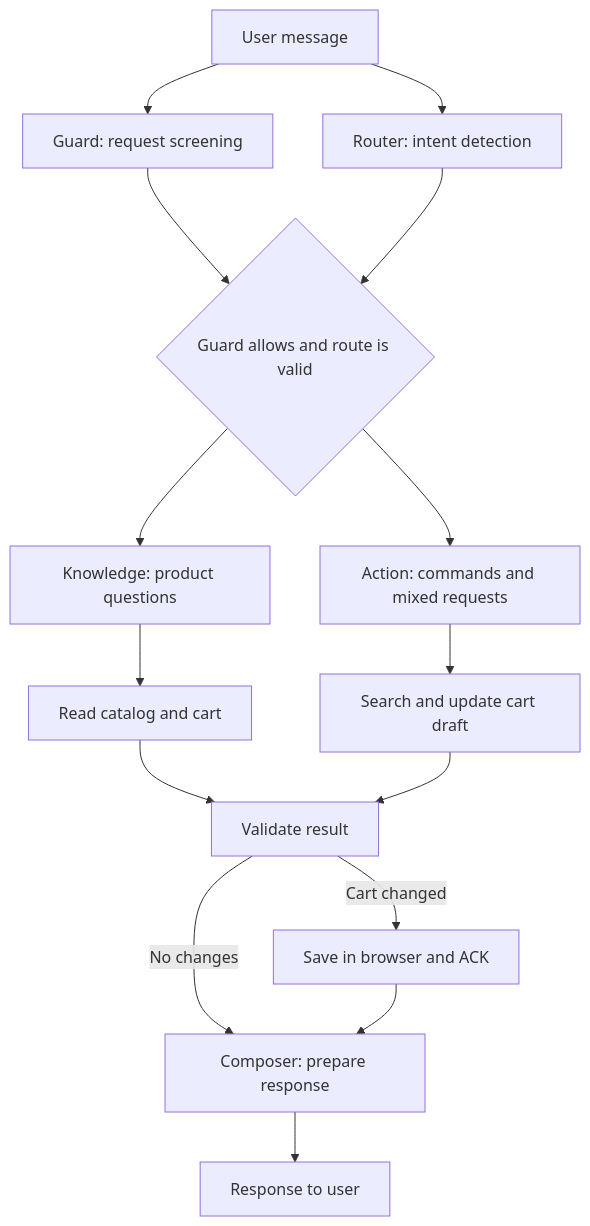
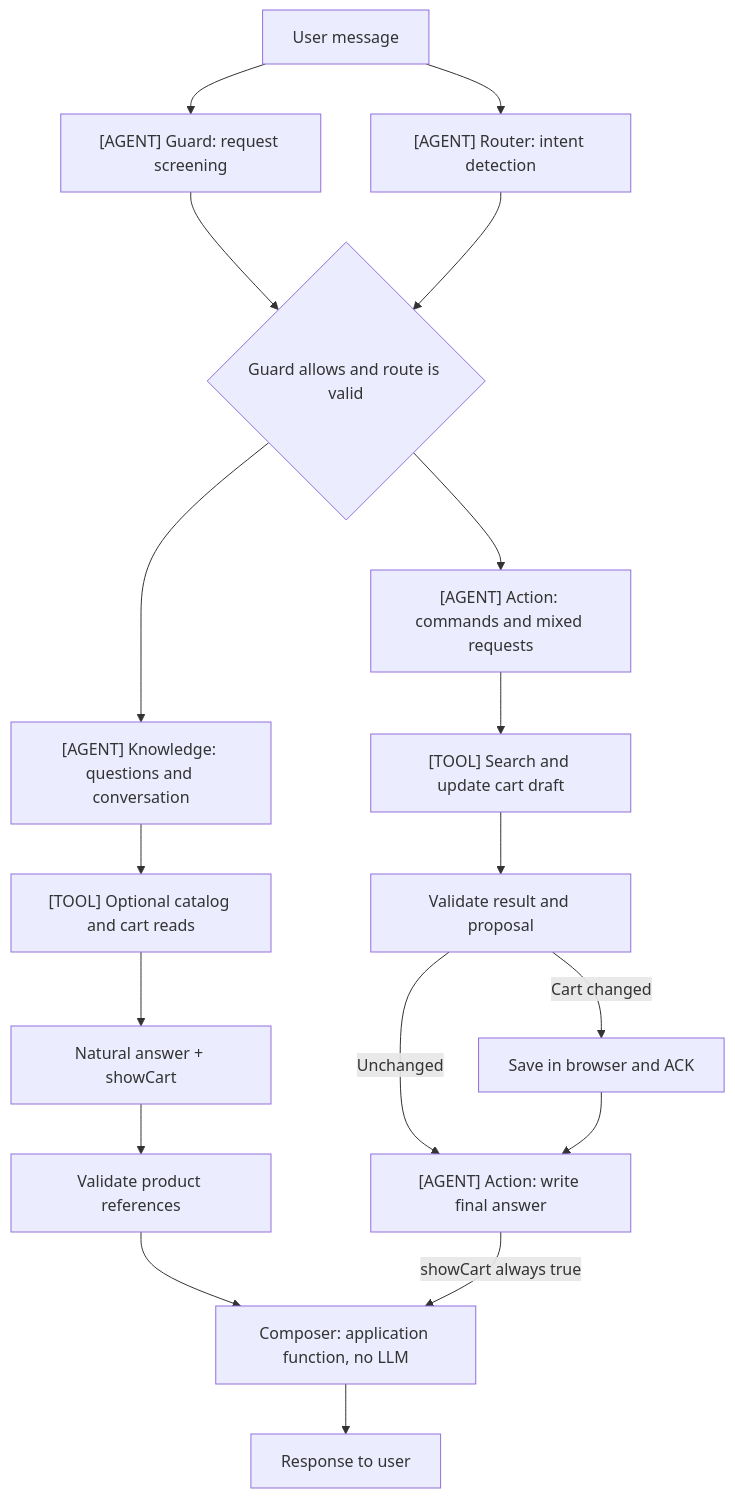
One commit to kirill-sotnikov/ai-agent-showcase changed the diagram in README.md. Above: the diagram before and after it, drawn with Mermaid. The commit also changed other lines of this file and 27 other files, not shown here.

````diff
--- a/README.md
+++ b/README.md
@@ -25,17 +25,20 @@
 ```mermaid
 flowchart TD
-    Request[User message] --> Guard[Guard: request screening]
-    Request --> Router[Router: intent detection]
+    Request[User message] --> Guard["[AGENT] Guard: request screening"]
+    Request --> Router["[AGENT] Router: intent detection"]
     Guard --> Gate{Guard allows and route is valid}
     Router --> Gate
-    Gate --> Knowledge[Knowledge: product questions]
-    Gate --> Action[Action: commands and mixed requests]
-    Knowledge --> ReadTools[Read catalog and cart]
-    Action --> CartTools[Search and update cart draft]
-    ReadTools --> Validation[Validate result]
-    CartTools --> Validation
-    Validation -->|No changes| Composer[Composer: prepare response]
-    Validation -->|Cart changed| Commit[Save in browser and ACK]
-    Commit --> Composer
+    Gate --> Knowledge["[AGENT] Knowledge: questions and conversation"]
+    Gate --> Action["[AGENT] Action: commands and mixed requests"]
+    Knowledge --> ReadTools["[TOOL] Optional catalog and cart reads"]
+    ReadTools --> Answer[Natural answer + showCart]
+    Answer --> Validation[Validate product references]
+    Action --> CartTools["[TOOL] Search and update cart draft"]
+    CartTools --> ValidateCart[Validate result and proposal]
+    ValidateCart -->|Cart changed| Commit[Save in browser and ACK]
+    ValidateCart -->|Unchanged| ActionAnswer["[AGENT] Action: write final answer"]
+    Commit --> ActionAnswer
+    Validation --> Composer["Composer: application function, no LLM"]
+    ActionAnswer -->|showCart always true| Composer
     Composer --> Response[Response to user]
 ```
````
